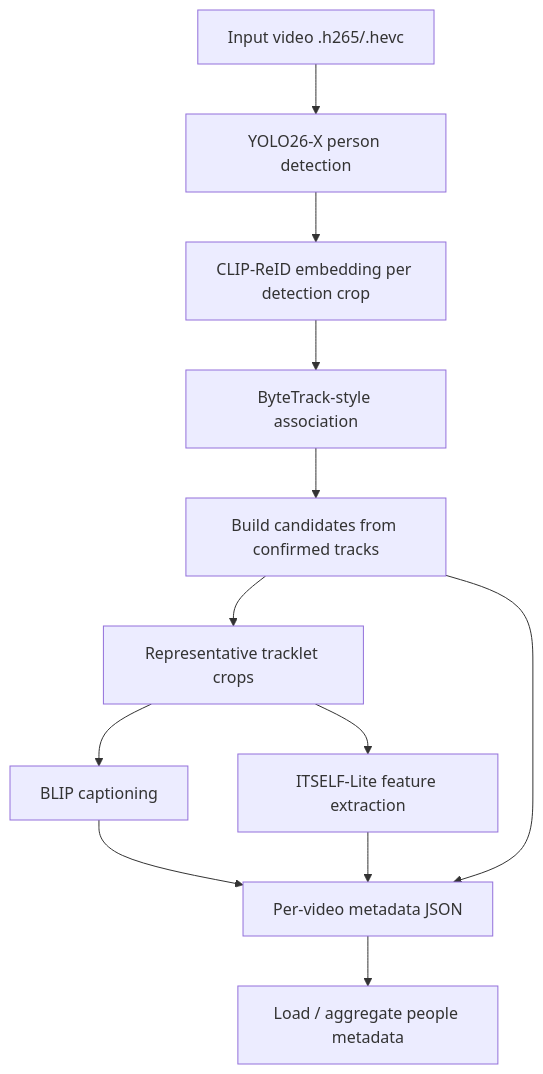
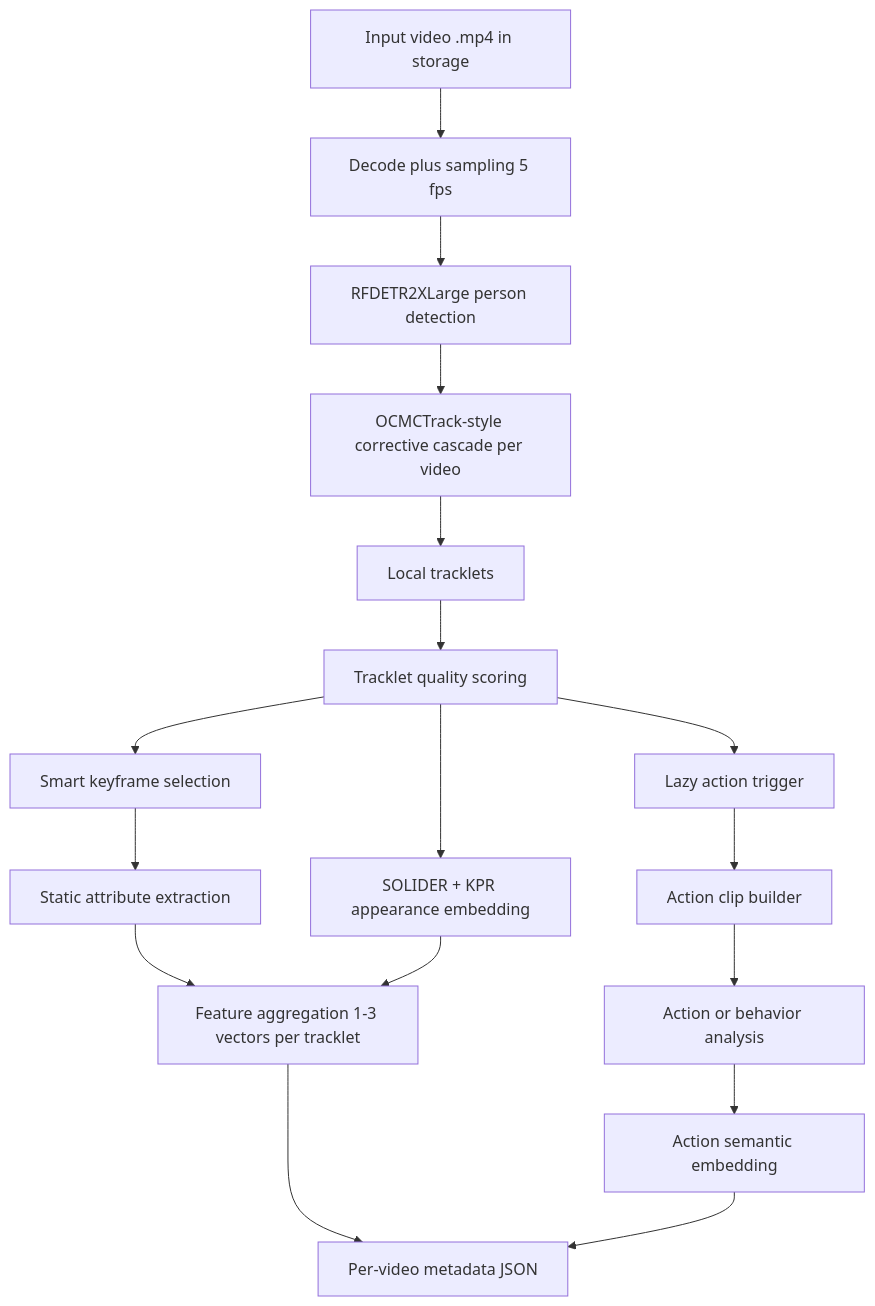
The second of 2 diagrams in README.md (CaoDieuLy/TraceX-AI), drawn with Mermaid before and after one commit. The commit also changed other lines of this file and 48 other files, not shown here.

First line of the commit message:
feat: Implement storage ingestion and video moving functionality

````diff
--- a/README.md
+++ b/README.md
@@ -100,22 +100,26 @@
 ```mermaid
 flowchart TD
-    Video[Input video .h265/.hevc]
-    Detect[YOLO26-X person detection]
-    Embed[CLIP-ReID embedding per detection crop]
-    Track[ByteTrack-style association]
-    Candidate[Build candidates from confirmed tracks]
-    Crop[Representative tracklet crops]
-    Caption[BLIP captioning]
-    Feature[ITSELF-Lite feature extraction]
+    Video[Input video .mp4 in storage]
+    Sample[Decode plus sampling 5 fps]
+    Detect[RFDETR2XLarge person detection]
+    Track[OCMCTrack-style corrective cascade per video]
+    Tracklets[Local tracklets]
+    Quality[Tracklet quality scoring]
+    Keyframe[Smart keyframe selection]
+    StaticAttr[Static attribute extraction]
+    ReID[SOLIDER + KPR appearance embedding]
+    Aggregate[Feature aggregation 1-3 vectors per tracklet]
+    ActionTrigger[Lazy action trigger]
+    ActionClip[Action clip builder]
+    ActionAnalysis[Action or behavior analysis]
+    ActionEmbedding[Action semantic embedding]
     Meta[Per-video metadata JSON]
-    Aggregate[Load / aggregate people metadata]
 
-    Video --> Detect --> Embed --> Track --> Candidate
-    Candidate --> Crop
-    Crop --> Caption
-    Crop --> Feature
-    Caption --> Meta
-    Feature --> Meta
-    Candidate --> Meta
-    Meta --> Aggregate
+    Video --> Sample --> Detect --> Track --> Tracklets --> Quality
+    Quality --> Keyframe --> StaticAttr --> Aggregate
+    Quality --> ReID --> Aggregate
+    Quality --> ActionTrigger
+    ActionTrigger --> ActionClip --> ActionAnalysis --> ActionEmbedding
+    Aggregate --> Meta
+    ActionEmbedding --> Meta
 ```
````
